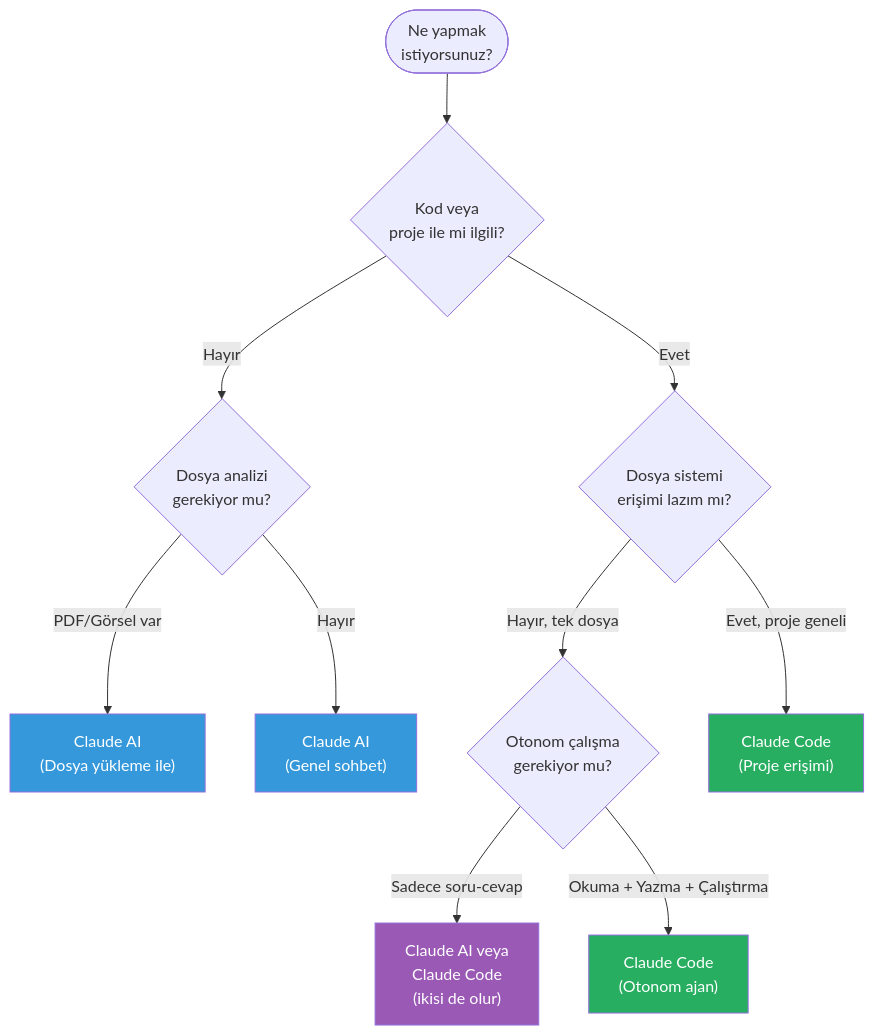
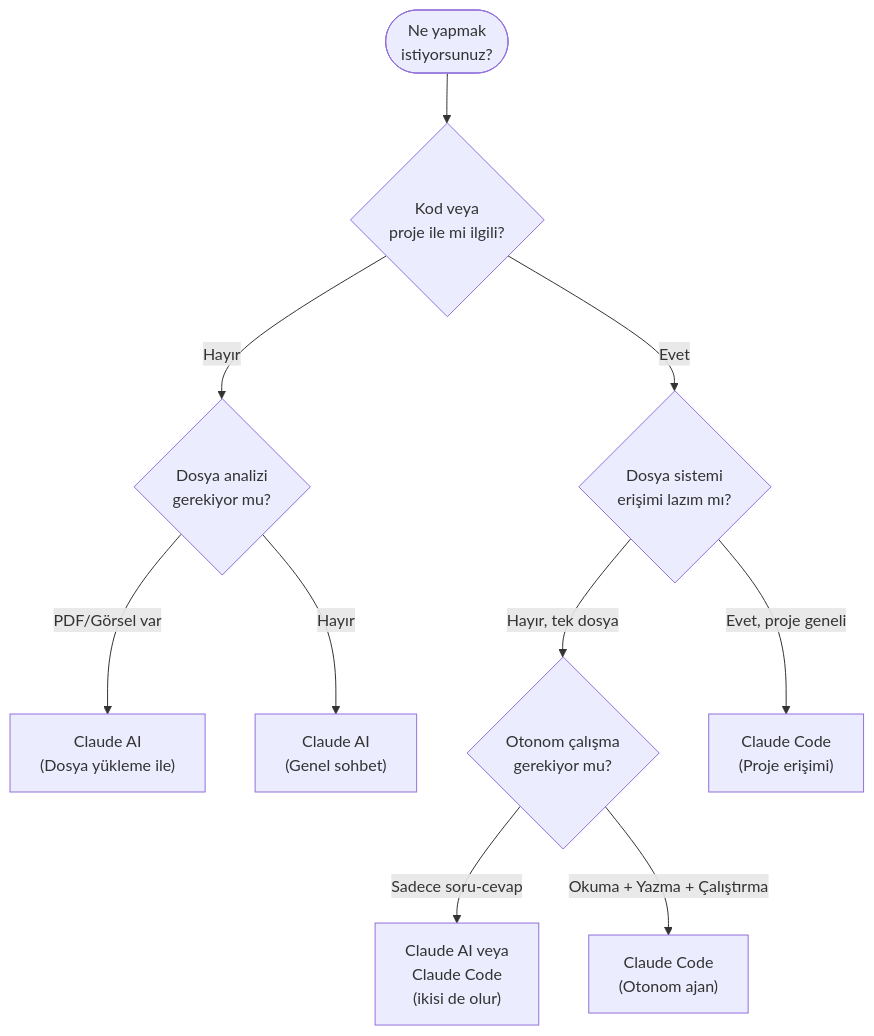
One commit to IzzetYasinAtes/ClaudeCodeHandbook changed the fourth of 6 diagrams in 06-claude-code-tanitim/06-claude-code-vs-claude-ai.md. Above: the diagram before and after it, drawn with Mermaid. The commit also changed other lines of this file and 97 other files, not shown here.

Commit message:
Remove all custom Mermaid style/fill colors from 98 markdown files for consistent dark theme rendering

````diff
--- a/06-claude-code-tanitim/06-claude-code-vs-claude-ai.md
+++ b/06-claude-code-tanitim/06-claude-code-vs-claude-ai.md
@@ -127,22 +127,17 @@
 ```mermaid
 flowchart TD
     START(["Ne yapmak<br/>istiyorsunuz?"]) --> Q1{"Kod veya<br/>proje ile mi ilgili?"}
 
     Q1 -->|"Hayır"| Q2{"Dosya analizi<br/>gerekiyor mu?"}
     Q1 -->|"Evet"| Q3{"Dosya sistemi<br/>erişimi lazım mı?"}
 
     Q2 -->|"PDF/Görsel var"| CLAUDE_AI_1["Claude AI<br/>(Dosya yükleme ile)"]
     Q2 -->|"Hayır"| CLAUDE_AI_2["Claude AI<br/>(Genel sohbet)"]
 
     Q3 -->|"Hayır, tek dosya"| Q4{"Otonom çalışma<br/>gerekiyor mu?"}
     Q3 -->|"Evet, proje geneli"| CLAUDE_CODE_1["Claude Code<br/>(Proje erişimi)"]
 
     Q4 -->|"Sadece soru-cevap"| CLAUDE_AI_3["Claude AI veya<br/>Claude Code<br/>(ikisi de olur)"]
     Q4 -->|"Okuma + Yazma + Çalıştırma"| CLAUDE_CODE_2["Claude Code<br/>(Otonom ajan)"]
 
-    style CLAUDE_AI_1 fill:#3498DB,color:#fff
-    style CLAUDE_AI_2 fill:#3498DB,color:#fff
-    style CLAUDE_AI_3 fill:#9B59B6,color:#fff
-    style CLAUDE_CODE_1 fill:#27AE60,color:#fff
-    style CLAUDE_CODE_2 fill:#27AE60,color:#fff
 ```
````
